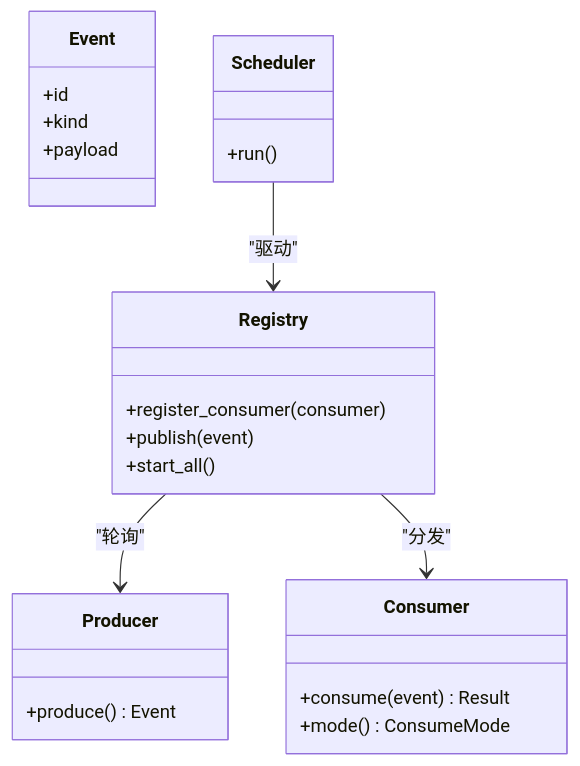
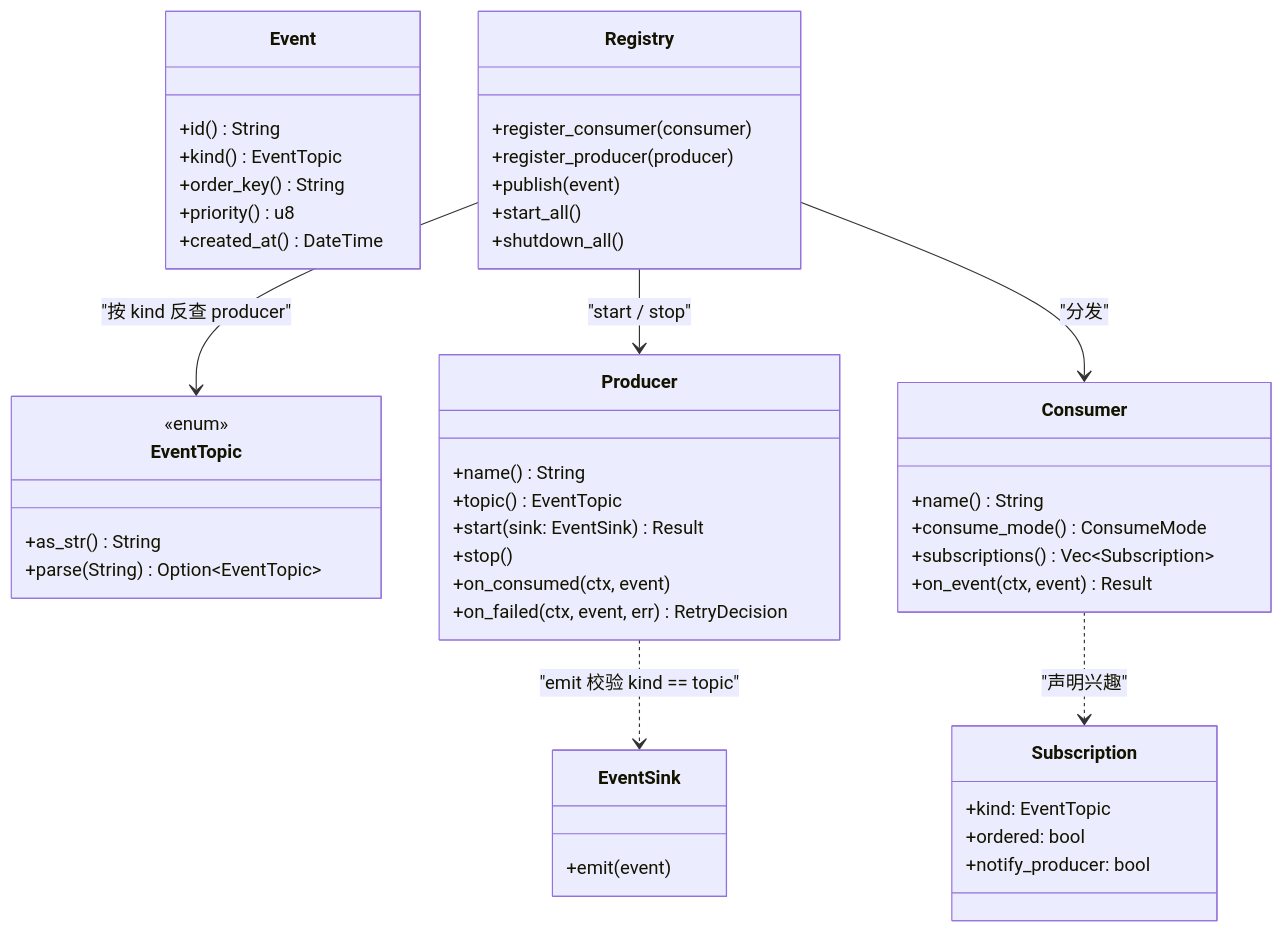
One commit to runningcoders/ai_orz changed the third of 8 diagrams in docs/wiki/zh/content/基础设施/基础设施.md. Above: the diagram before and after it, drawn with Mermaid. The commit also changed other lines of this file and 37 other files, not shown here.

````diff
--- a/docs/wiki/zh/content/基础设施/基础设施.md
+++ b/docs/wiki/zh/content/基础设施/基础设施.md
@@ -139,26 +150,49 @@
 ```mermaid
 classDiagram
 class Event {
-+id
-+kind
-+payload
++id() String
++kind() EventTopic
++order_key() String
++priority() u8
++created_at() DateTime
+}
+class EventTopic {
+<<enum>>
++as_str() String
++parse(String) Option~EventTopic~
 }
 class Producer {
-+produce() Event
++name() String
++topic() EventTopic
++start(sink: EventSink) Result
++stop()
++on_consumed(ctx, event)
++on_failed(ctx, event, err) RetryDecision
 }
 class Consumer {
-+consume(event) Result
-+mode() ConsumeMode
++name() String
++consume_mode() ConsumeMode
++subscriptions() Vec~Subscription~
++on_event(ctx, event) Result
+}
+class Subscription {
++kind: EventTopic
++ordered: bool
++notify_producer: bool
+}
+class EventSink {
++emit(event)
 }
 class Registry {
 +register_consumer(consumer)
++register_producer(producer)
 +publish(event)
 +start_all()
++shutdown_all()
 }
-class Scheduler {
-+run()
-}
-Registry --> Producer : "轮询"
+Registry --> EventTopic : "按 kind 反查 producer"
+Registry --> Producer : "start / stop"
 Registry --> Consumer : "分发"
-Scheduler --> Registry : "驱动"
+Producer ..> EventSink : "emit 校验 kind == topic"
+Consumer ..> Subscription : "声明兴趣"
 ```
````
